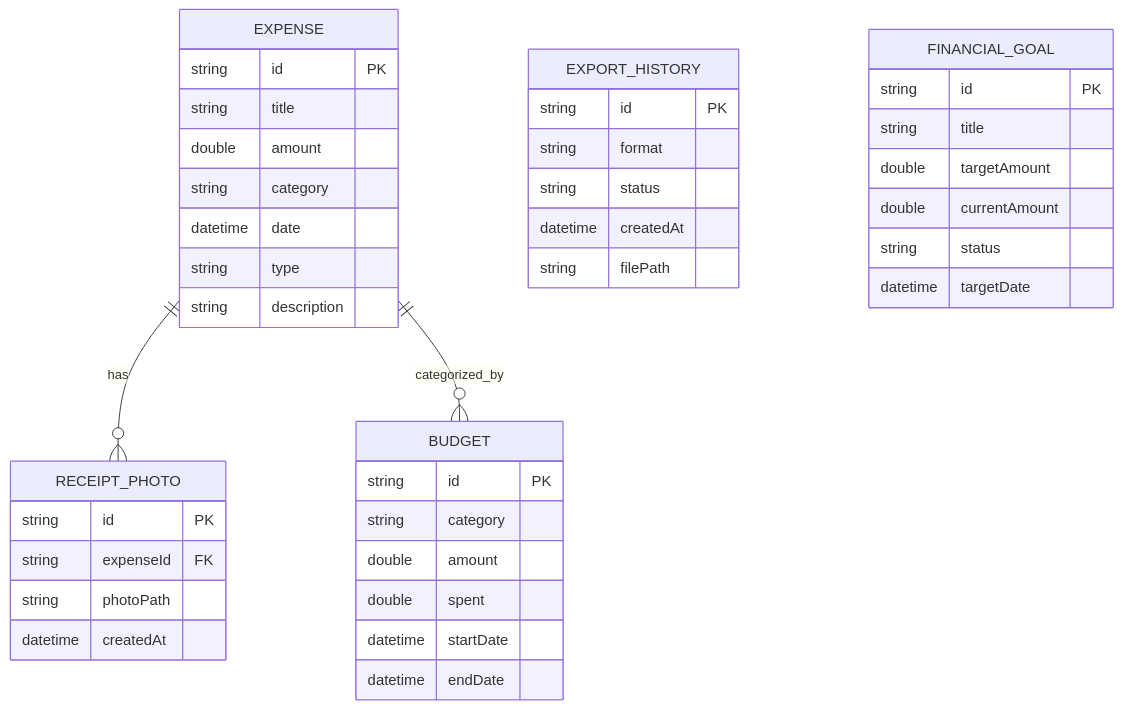
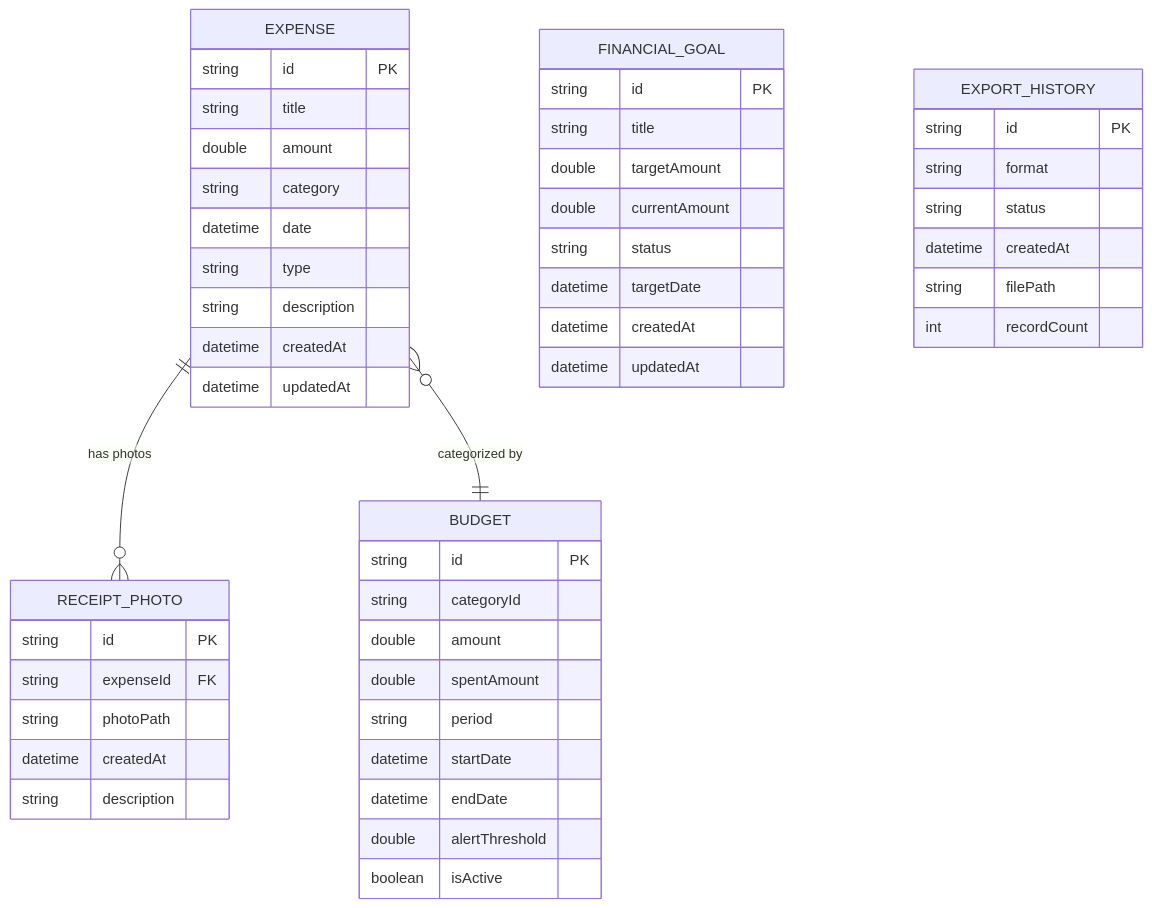
One commit to sagarkhakhar/ExpenseTracker changed the fourth of 8 diagrams in README.md. Above: the diagram before and after it, drawn with Mermaid. The commit also changed other lines of this file, not shown here.

````diff
--- a/README.md
+++ b/README.md
@@ -278,48 +251,57 @@
 ```mermaid
 erDiagram
     EXPENSE {
         string id PK
         string title
         double amount
         string category
         datetime date
         string type
         string description
+        datetime createdAt
+        datetime updatedAt
     }
 
     BUDGET {
         string id PK
-        string category
+        string categoryId
         double amount
-        double spent
+        double spentAmount
+        string period
         datetime startDate
         datetime endDate
+        double alertThreshold
+        boolean isActive
     }
 
     RECEIPT_PHOTO {
         string id PK
         string expenseId FK
         string photoPath
         datetime createdAt
-    }
-
-    EXPORT_HISTORY {
-        string id PK
-        string format
-        string status
-        datetime createdAt
-        string filePath
+        string description
     }
 
     FINANCIAL_GOAL {
         string id PK
         string title
         double targetAmount
         double currentAmount
         string status
         datetime targetDate
+        datetime createdAt
+        datetime updatedAt
     }
 
-    EXPENSE ||--o{ RECEIPT_PHOTO : "has"
-    EXPENSE ||--o{ BUDGET : "categorized_by"
+    EXPORT_HISTORY {
+        string id PK
+        string format
+        string status
+        datetime createdAt
+        string filePath
+        int recordCount
+    }
+
+    EXPENSE ||--o{ RECEIPT_PHOTO : "has photos"
+    EXPENSE }o--|| BUDGET : "categorized by"
 ```
````
